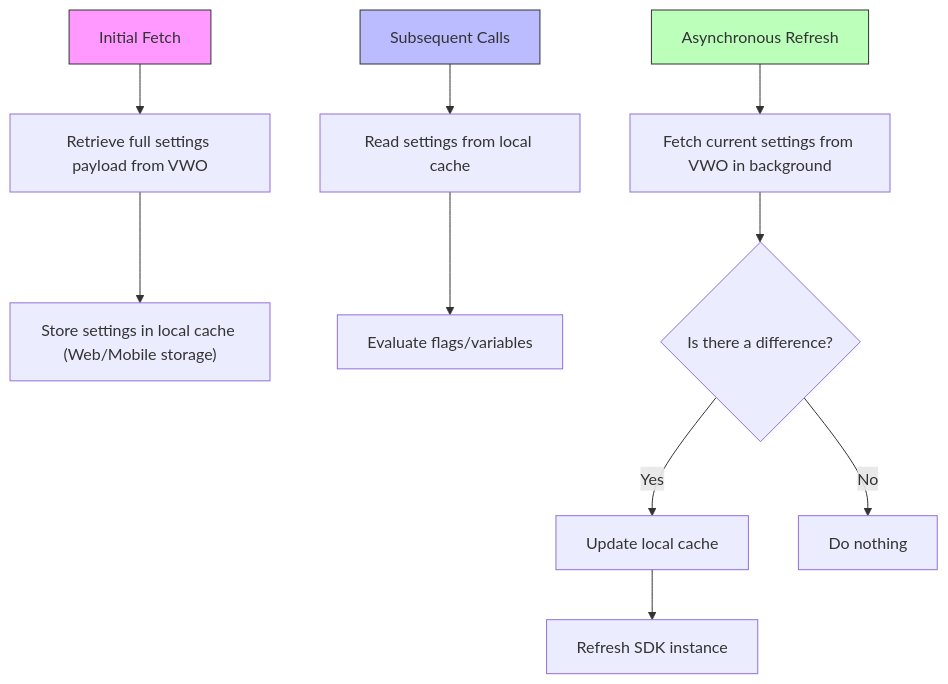
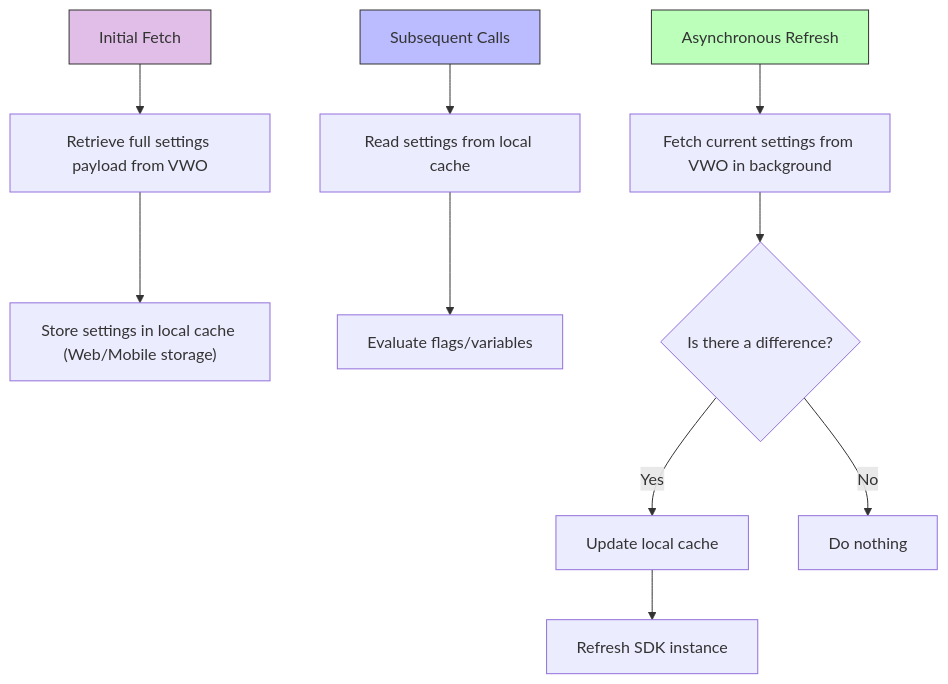
One commit to wingify/readme-central changed the first of 2 diagrams in docs/Concepts/fme-sdks-caching.md. Above: the diagram before and after it, drawn with Mermaid.

Commit message:
Update doc `fme-sdks-caching`

````diff
--- a/docs/Concepts/fme-sdks-caching.md
+++ b/docs/Concepts/fme-sdks-caching.md
@@ -50,20 +50,20 @@
 ```mermaid
 flowchart TD
     A[Initial Fetch] --> B[Retrieve full settings payload from VWO]
     B --> C["Store settings in local cache (Web/Mobile storage)"]
 
     D[Subsequent Calls] --> E[Read settings from local cache]
     E --> F[Evaluate flags/variables]
 
     G[Asynchronous Refresh] --> H[Fetch current settings from VWO in background]
     H --> I{Is there a difference?}
     I -- Yes --> J[Update local cache]
     J --> K[Refresh SDK instance]
     I -- No --> L[Do nothing]
 
-    style A fill:#f9f,stroke:#333,stroke-width:1px
+    style A fill:#E1BEE7,stroke:#333,stroke-width:1px
     style D fill:#bbf,stroke:#333,stroke-width:1px
     style G fill:#bfb,stroke:#333,stroke-width:1px
 
 
 ```
````
